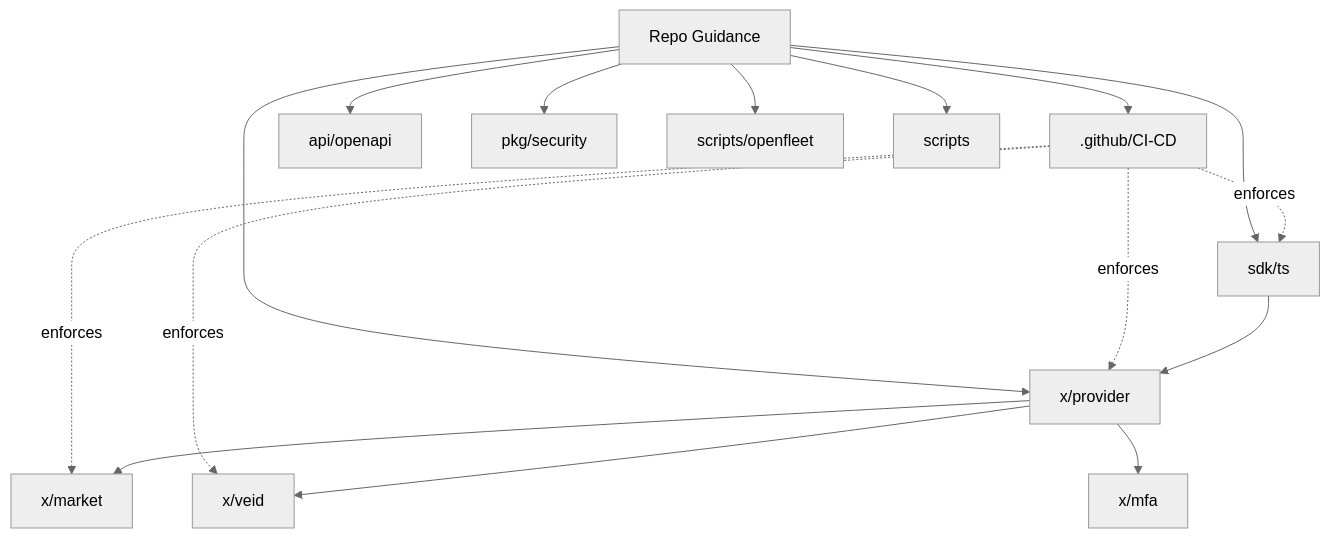
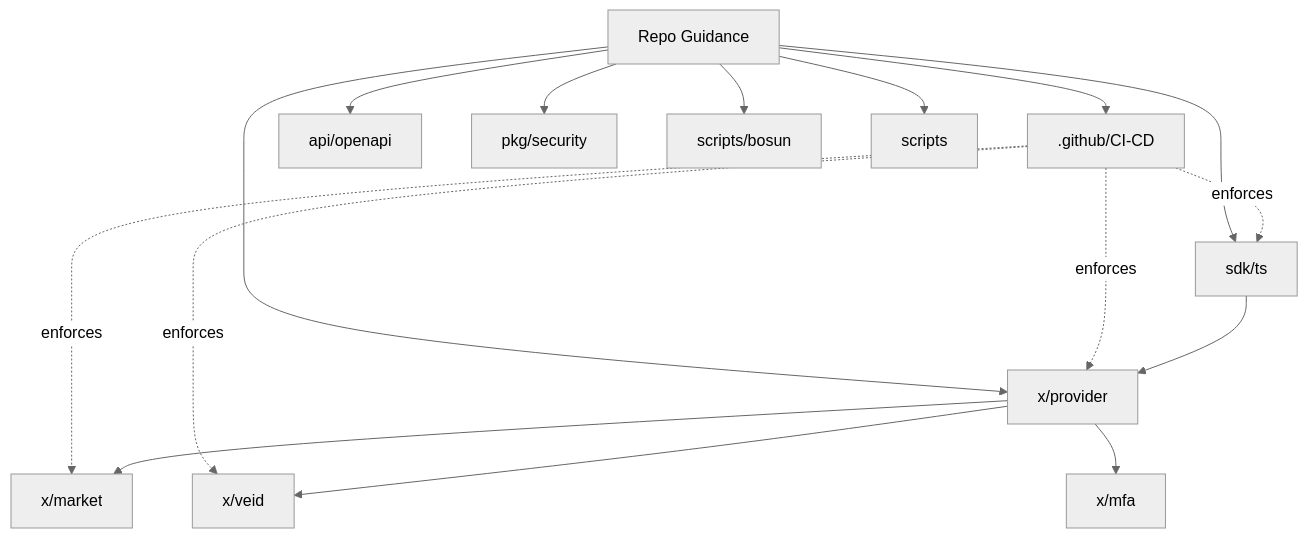
Before and after one commit to virtengine-network/virtengine: the diagram in docs/AGENTS_INDEX.md, drawn with Mermaid (neutral theme). The commit also changed other lines of this file and 28 other files, not shown here.

First line of the commit message:
refactor: rename openfleet → bosun across parent repo

````diff
--- a/docs/AGENTS_INDEX.md
+++ b/docs/AGENTS_INDEX.md
@@ -21,32 +21,32 @@
 ```mermaid
 flowchart TD
   Root[Repo Guidance]
   CI[.github/CI-CD]
   API[api/openapi]
   Security[pkg/security]
   Provider[x/provider]
   SDK[sdk/ts]
-  Monitor[scripts/openfleet]
+  Monitor[scripts/bosun]
   Scripts[scripts]
   Market[x/market]
   VEID[x/veid]
   MFA[x/mfa]
 
   Root --> CI
   Root --> API
   Root --> Security
   Root --> Provider
   Root --> SDK
   Root --> Monitor
   Root --> Scripts
 
   CI -.enforces.-> Provider
   CI -.enforces.-> SDK
   CI -.enforces.-> Market
   CI -.enforces.-> VEID
 
   Provider --> Market
   Provider --> VEID
   Provider --> MFA
   SDK --> Provider
 ```
````
